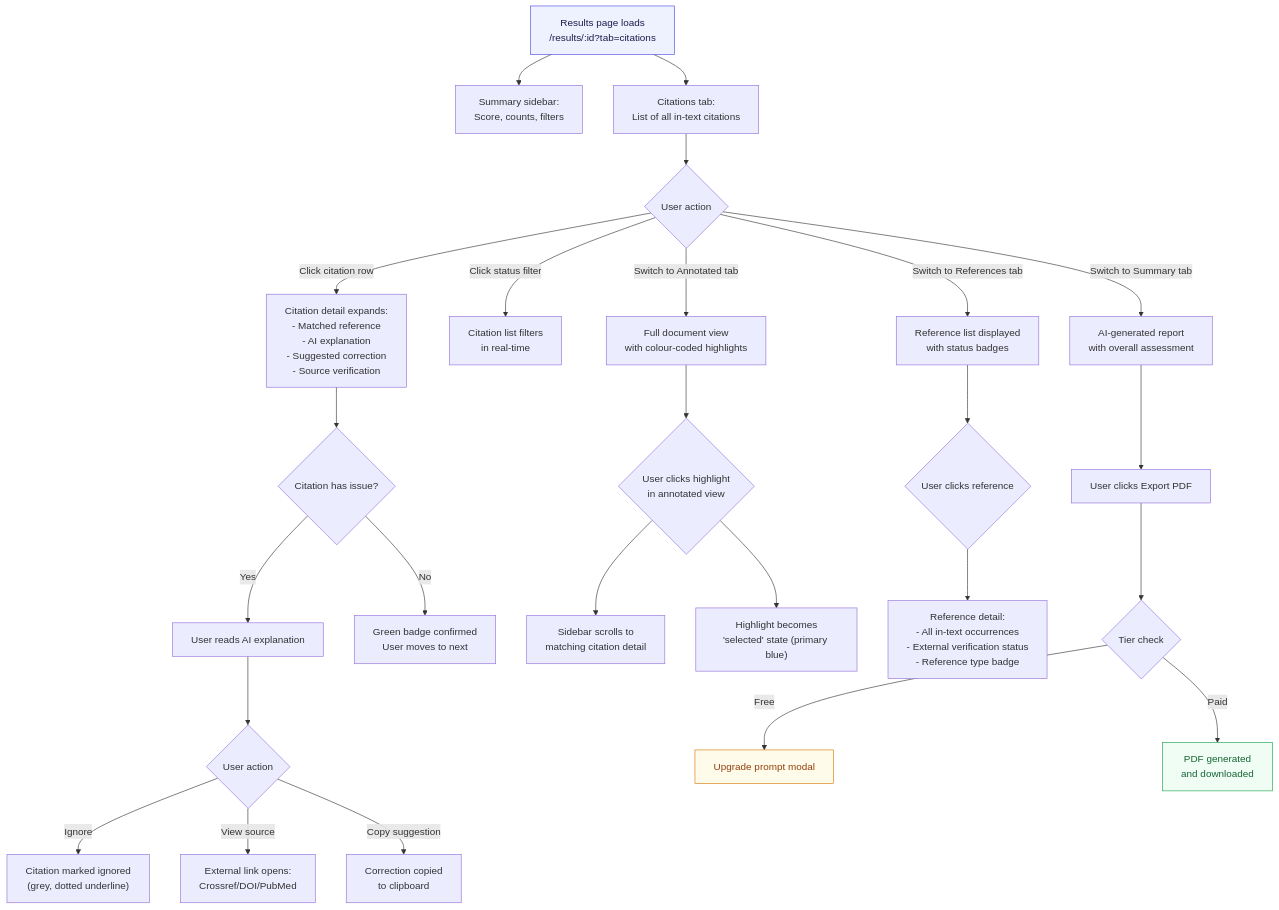
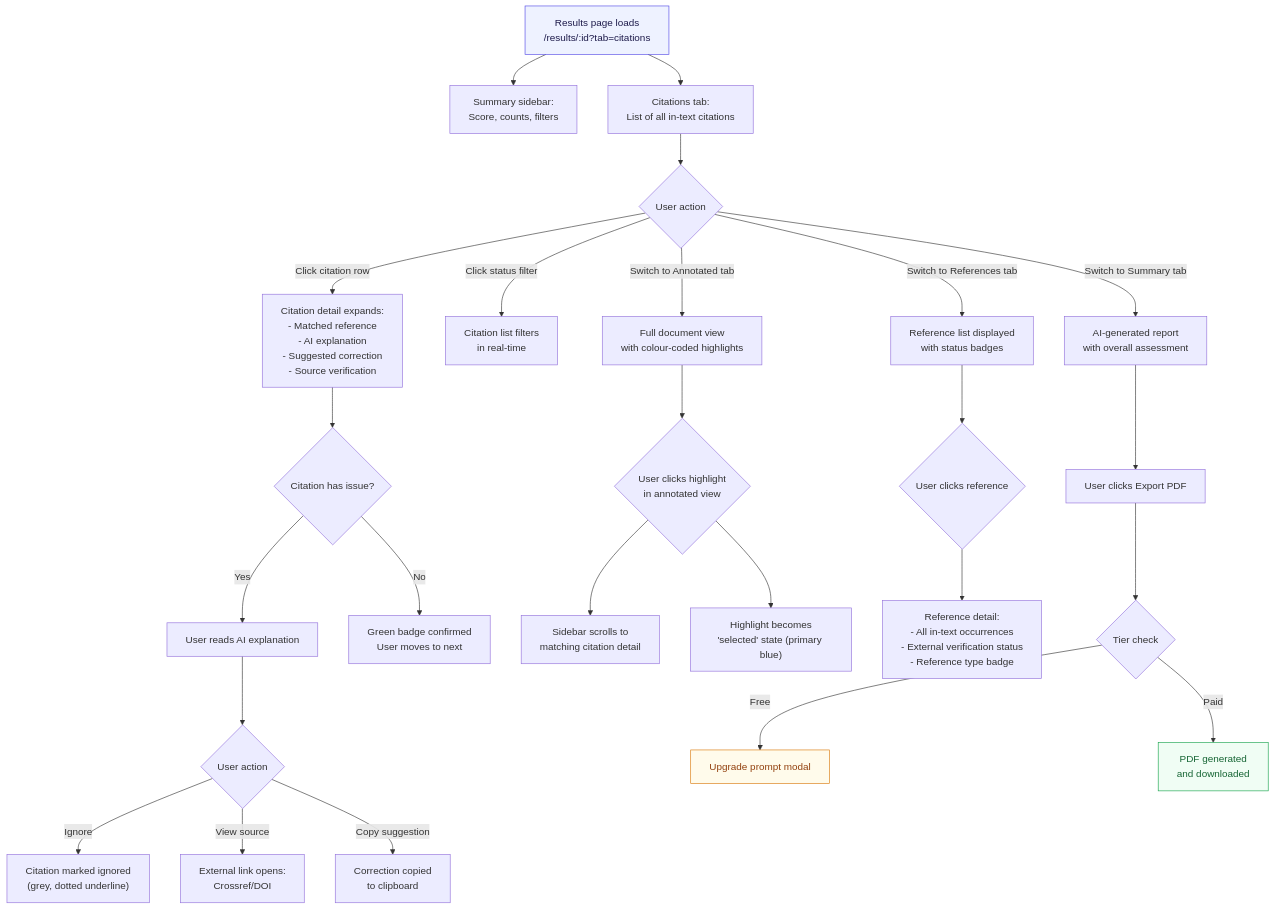
The second of 5 diagrams in 02-design/07-information-architecture.md (Faithmanex/citepilot), drawn with Mermaid before and after one commit. The commit also changed other lines of this file and 32 other files, not shown here.

Commit message:
docs(truthfulness): align architecture, security, legal, and ops docs with live MVP stack

````diff
--- a/02-design/07-information-architecture.md
+++ b/02-design/07-information-architecture.md
@@ -330,37 +342,37 @@
 ```mermaid
 flowchart TD
     A["Results page loads\n/results/:id?tab=citations"] --> B["Summary sidebar:\nScore, counts, filters"]
     A --> C["Citations tab:\nList of all in-text citations"]
 
     C --> D{"User action"}
     D -- "Click citation row" --> E["Citation detail expands:\n- Matched reference\n- AI explanation\n- Suggested correction\n- Source verification"]
     D -- "Click status filter" --> F["Citation list filters\nin real-time"]
     D -- "Switch to References tab" --> G["Reference list displayed\nwith status badges"]
     D -- "Switch to Annotated tab" --> H["Full document view\nwith colour-coded highlights"]
     D -- "Switch to Summary tab" --> I["AI-generated report\nwith overall assessment"]
 
     E --> J{"Citation has issue?"}
     J -- Yes --> K["User reads AI explanation"]
     K --> L{"User action"}
     L -- "Ignore" --> M["Citation marked ignored\n(grey, dotted underline)"]
-    L -- "View source" --> N["External link opens:\nCrossref/DOI/PubMed"]
+    L -- "View source" --> N["External link opens:\nCrossref/DOI"]
     L -- "Copy suggestion" --> O["Correction copied\nto clipboard"]
 
     J -- No --> P["Green badge confirmed\nUser moves to next"]
 
     H --> Q{"User clicks highlight\nin annotated view"}
     Q --> R["Sidebar scrolls to\nmatching citation detail"]
     Q --> S["Highlight becomes\n'selected' state (primary blue)"]
 
     G --> T{"User clicks reference"}
     T --> U["Reference detail:\n- All in-text occurrences\n- External verification status\n- Reference type badge"]
 
     I --> V["User clicks Export PDF"]
     V --> W{"Tier check"}
     W -- "Free" --> X["Upgrade prompt modal"]
     W -- "Paid" --> Y["PDF generated\nand downloaded"]
 
     style A fill:#EEF2FF,stroke:#4F46E5,color:#1E1B4B
     style Y fill:#F0FDF4,stroke:#16A34A,color:#166534
     style X fill:#FFFBEB,stroke:#D97706,color:#92400E
 ```
````
